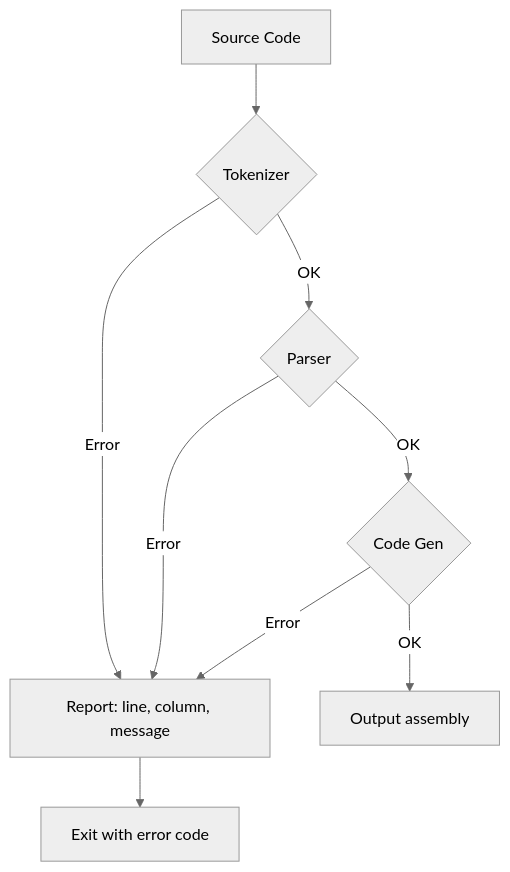
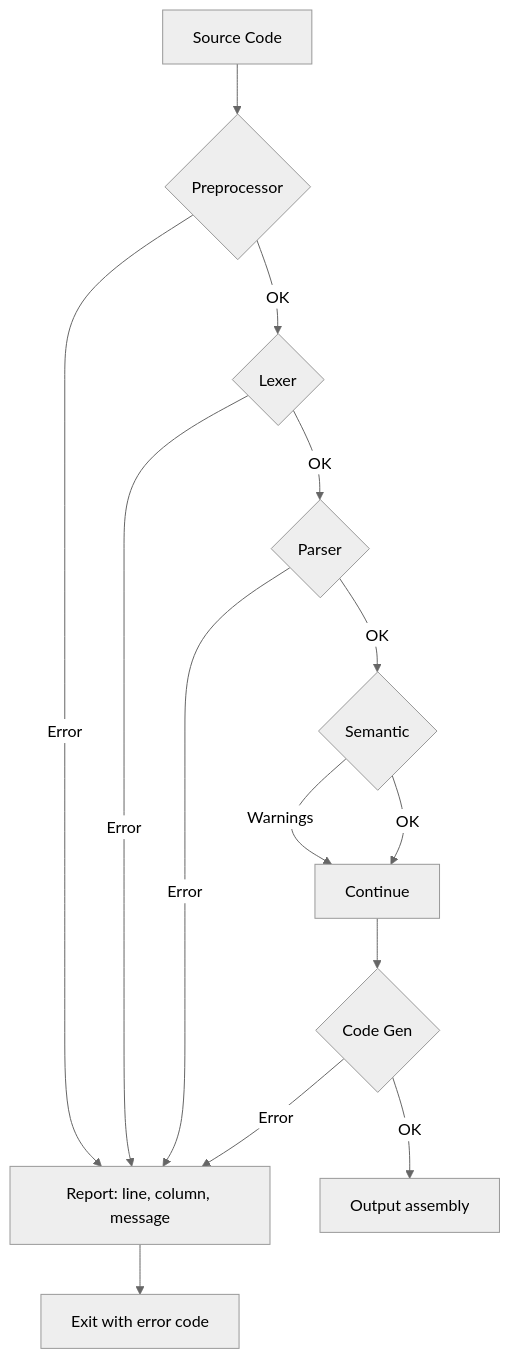
The second of 3 diagrams in 0005-integration/README.md (juno-yu/simple-howto-c-compiler-ximplec), drawn with Mermaid (neutral theme) before and after one commit. The commit also changed other lines of this file and 131 other files, not shown here.

````diff
--- a/0005-integration/README.md
+++ b/0005-integration/README.md
@@ -29,12 +33,17 @@
 ```mermaid
 flowchart TD
-    A[Source Code] --> B{Tokenizer}
+    A[Source Code] --> B{Preprocessor}
     B -->|Error| C[Report: line, column, message]
-    B -->|OK| D{Parser}
+    B -->|OK| D{Lexer}
     D -->|Error| C
-    D -->|OK| E{Code Gen}
+    D -->|OK| E{Parser}
     E -->|Error| C
-    E -->|OK| F[Output assembly]
-    
-    C --> G[Exit with error code]
+    E -->|OK| F{Semantic}
+    F -->|Warnings| G[Continue]
+    F -->|OK| G
+    G --> H{Code Gen}
+    H -->|Error| C
+    H -->|OK| I[Output assembly]
+
+    C --> J[Exit with error code]
 ```
````
